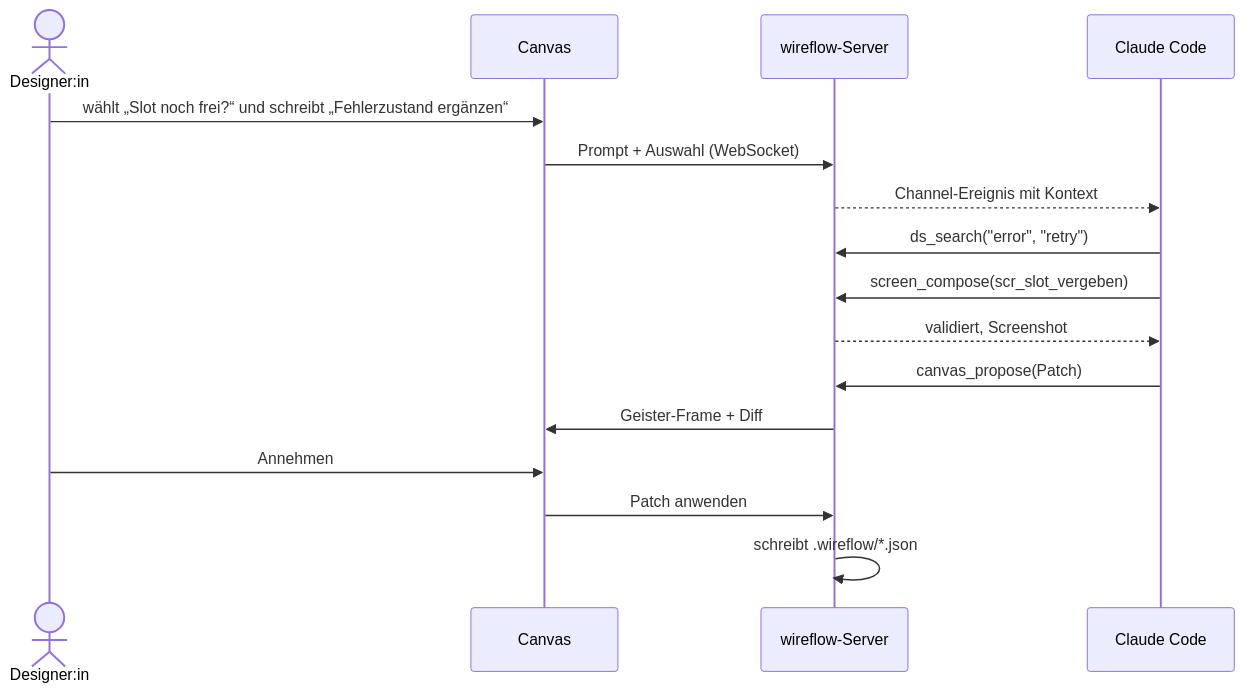
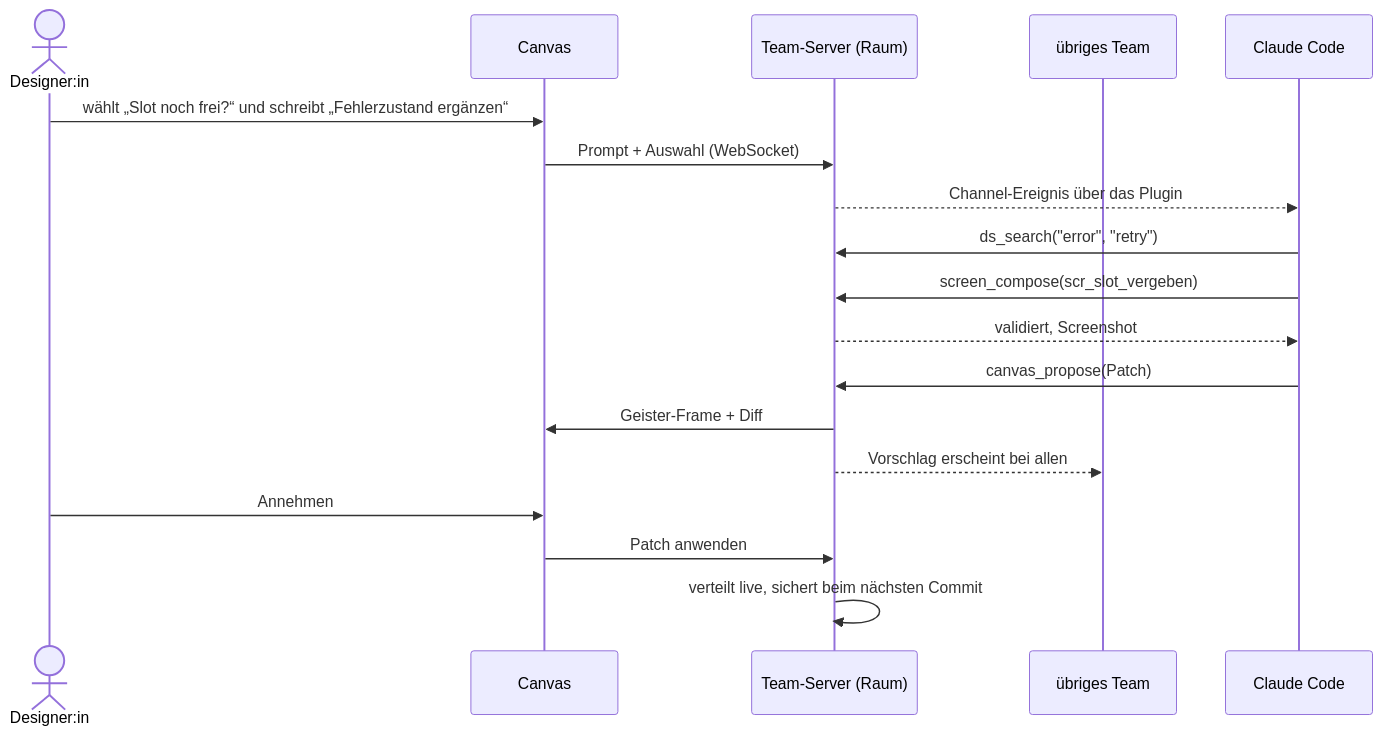
The third of 5 diagrams in concepts/wireflow-studio/README.md (Arcade1080/awesome-uxe), drawn with Mermaid before and after one commit. The commit also changed other lines of this file and 1 other file, not shown here.

First line of the commit message:
Konzept: Design System als Kern, gemeinsamer Team-Canvas

````diff
--- a/concepts/wireflow-studio/README.md
+++ b/concepts/wireflow-studio/README.md
@@ -467,18 +483,20 @@
 ```mermaid
 sequenceDiagram
   actor D as Designer:in
   participant C as Canvas
-  participant S as wireflow-Server
+  participant S as Team-Server (Raum)
+  participant T as übriges Team
   participant CL as Claude Code
   D->>C: wählt „Slot noch frei?“ und schreibt „Fehlerzustand ergänzen“
   C->>S: Prompt + Auswahl (WebSocket)
-  S-->>CL: Channel-Ereignis mit Kontext
+  S-->>CL: Channel-Ereignis über das Plugin
   CL->>S: ds_search("error", "retry")
   CL->>S: screen_compose(scr_slot_vergeben)
   S-->>CL: validiert, Screenshot
   CL->>S: canvas_propose(Patch)
   S->>C: Geister-Frame + Diff
+  S-->>T: Vorschlag erscheint bei allen
   D->>C: Annehmen
   C->>S: Patch anwenden
-  S->>S: schreibt .wireflow/*.json
+  S->>S: verteilt live, sichert beim nächsten Commit
 ```
````
